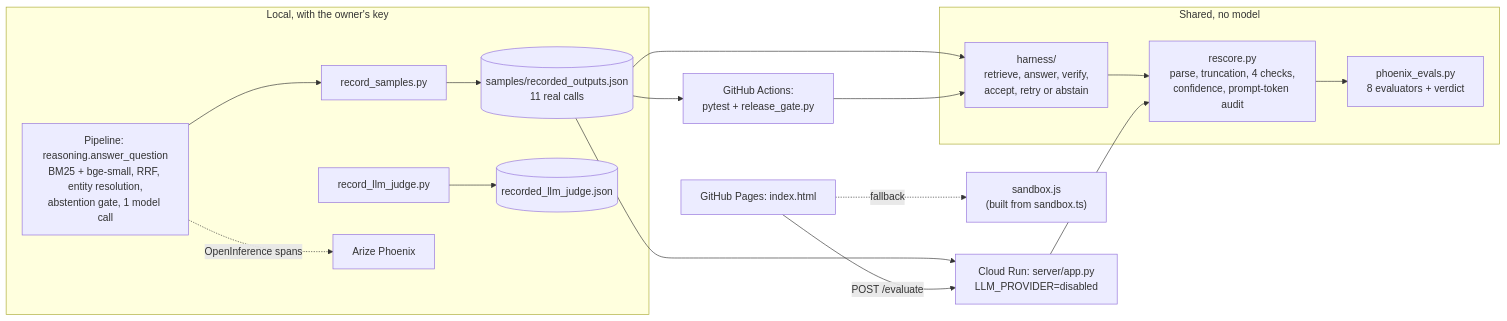
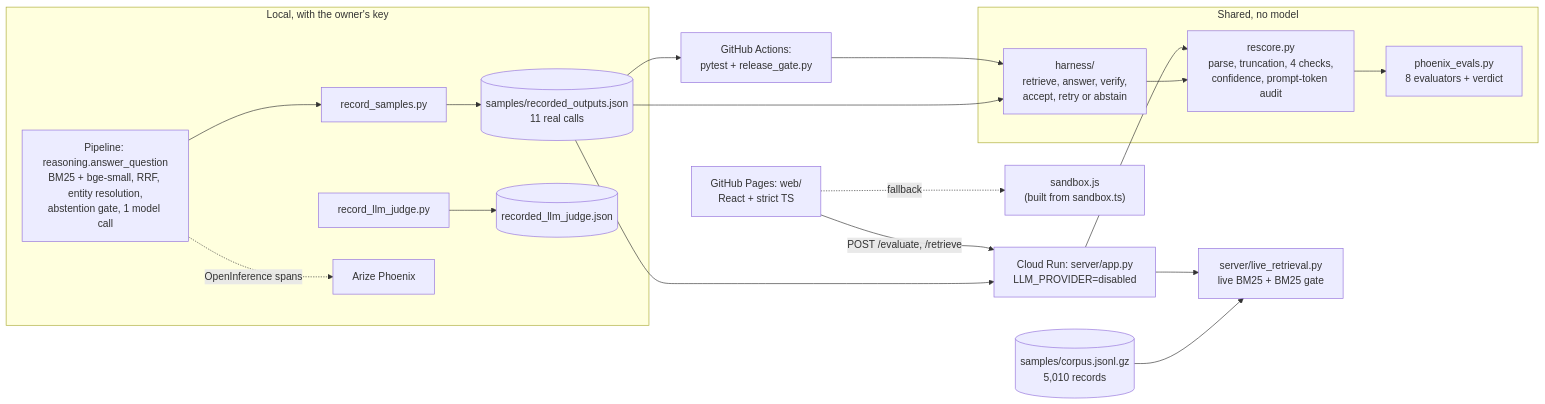
The diagram in docs/DESIGN.md (gargi-09/phoenix-museum-qa-evals), drawn with Mermaid before and after one commit. The commit also changed other lines of this file and 1 other file, not shown here.

Commit message:
Docs: the web app, live BM25 retrieval, and latency measured on revision 00003

````diff
--- a/docs/DESIGN.md
+++ b/docs/DESIGN.md
@@ -11,24 +11,26 @@
 ```mermaid
 flowchart LR
   subgraph local["Local, with the owner's key"]
     P["Pipeline: reasoning.answer_question<br/>BM25 + bge-small, RRF, entity resolution,<br/>abstention gate, 1 model call"]
     RS["record_samples.py"] --> REC[("samples/recorded_outputs.json<br/>11 real calls")]
     RJ["record_llm_judge.py"] --> JREC[("recorded_llm_judge.json")]
     P --> RS
     P -. "OpenInference spans" .-> PX["Arize Phoenix"]
   end
   subgraph core["Shared, no model"]
     RES["rescore.py<br/>parse, truncation, 4 checks,<br/>confidence, prompt-token audit"]
     EV["phoenix_evals.py<br/>8 evaluators + verdict"]
     H["harness/<br/>retrieve, answer, verify,<br/>accept, retry or abstain"]
     RES --> EV
     H --> RES
   end
   REC --> H
   REC --> API["Cloud Run: server/app.py<br/>LLM_PROVIDER=disabled"]
   API --> RES
   REC --> CI["GitHub Actions:<br/>pytest + release_gate.py"]
   CI --> H
-  PAGES["GitHub Pages: index.html"] -- "POST /evaluate" --> API
+  CORPUS[("samples/corpus.jsonl.gz<br/>5,010 records")] --> BM["server/live_retrieval.py<br/>live BM25 + BM25 gate"]
+  API --> BM
+  PAGES["GitHub Pages: web/<br/>React + strict TS"] -- "POST /evaluate, /retrieve" --> API
   PAGES -. "fallback" .-> TS["sandbox.js<br/>(built from sandbox.ts)"]
 ```
````
